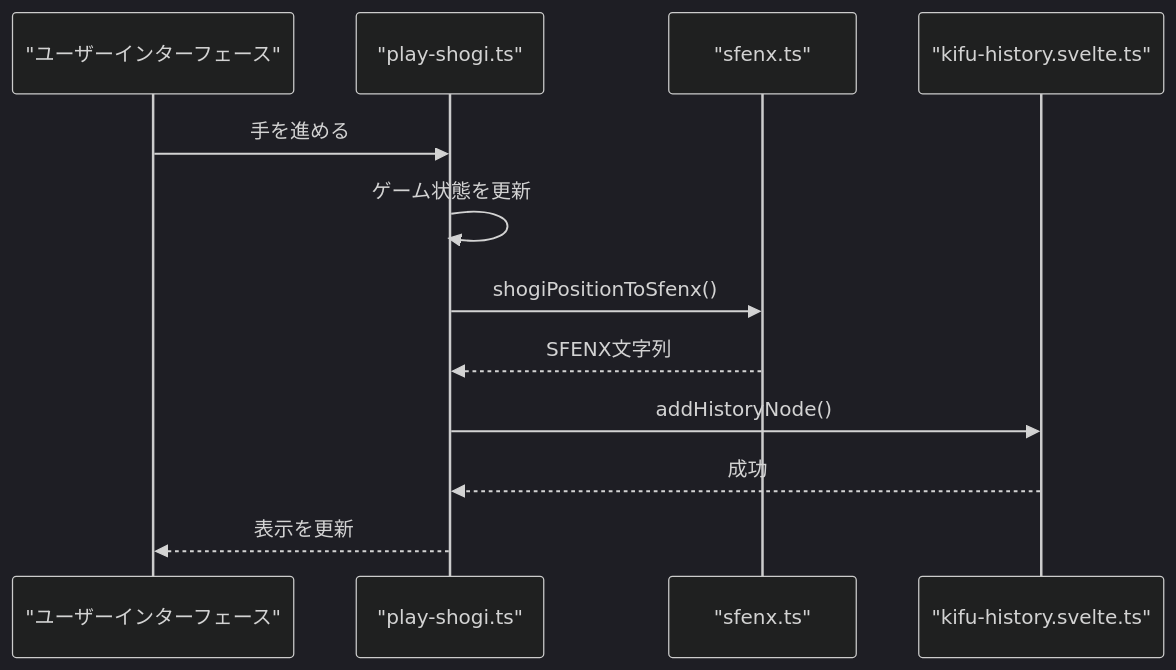
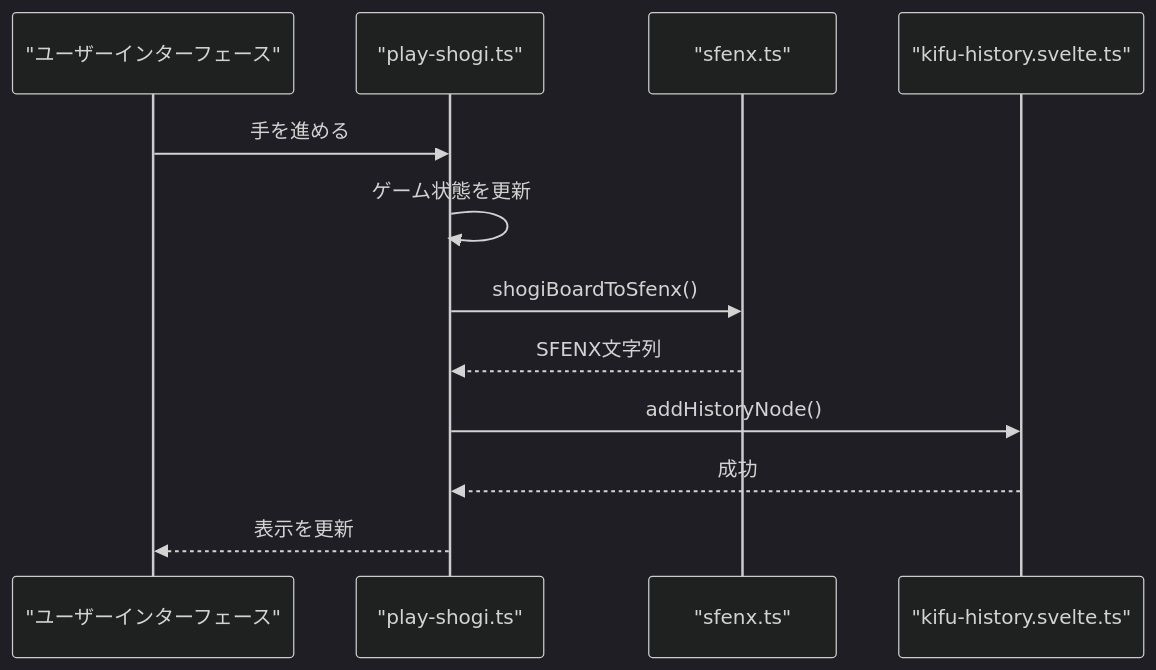
Before and after one commit to hashiryo/SvelteShogi: the third of 5 diagrams in .qoder/repowiki/ja/content/Domain Logic/SFENX Notation Handling.md, drawn with Mermaid (dark theme). The commit also changed other lines of this file and 17 other files, not shown here.

````diff
--- a/.qoder/repowiki/ja/content/Domain Logic/SFENX Notation Handling.md
+++ b/.qoder/repowiki/ja/content/Domain Logic/SFENX Notation Handling.md
@@ -108,14 +125,14 @@
 ```mermaid
 sequenceDiagram
 participant UI as "ユーザーインターフェース"
 participant PlayShogi as "play-shogi.ts"
 participant Sfenx as "sfenx.ts"
 participant HistoryStore as "kifu-history.svelte.ts"
 UI->>PlayShogi : 手を進める
 PlayShogi->>PlayShogi : ゲーム状態を更新
-PlayShogi->>Sfenx : shogiPositionToSfenx()
+PlayShogi->>Sfenx : shogiBoardToSfenx()
 Sfenx-->>PlayShogi : SFENX文字列
 PlayShogi->>HistoryStore : addHistoryNode()
 HistoryStore-->>PlayShogi : 成功
 PlayShogi-->>UI : 表示を更新
 ```
````
